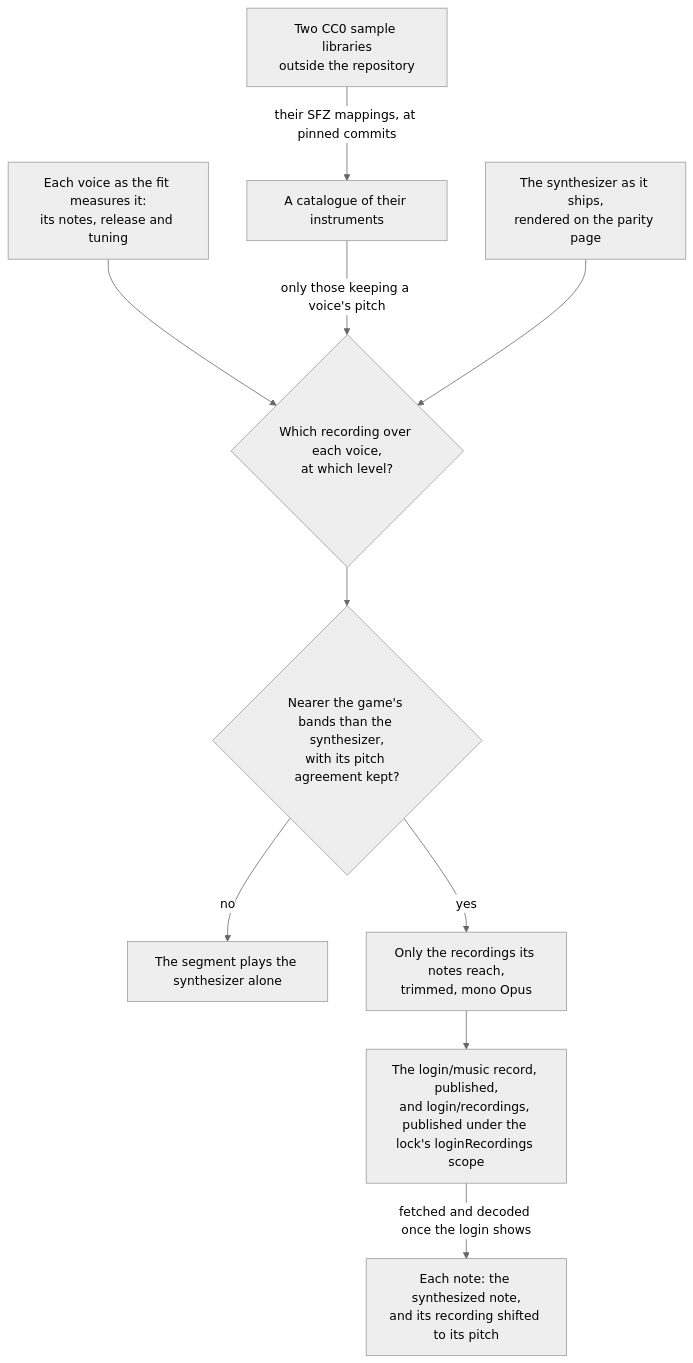
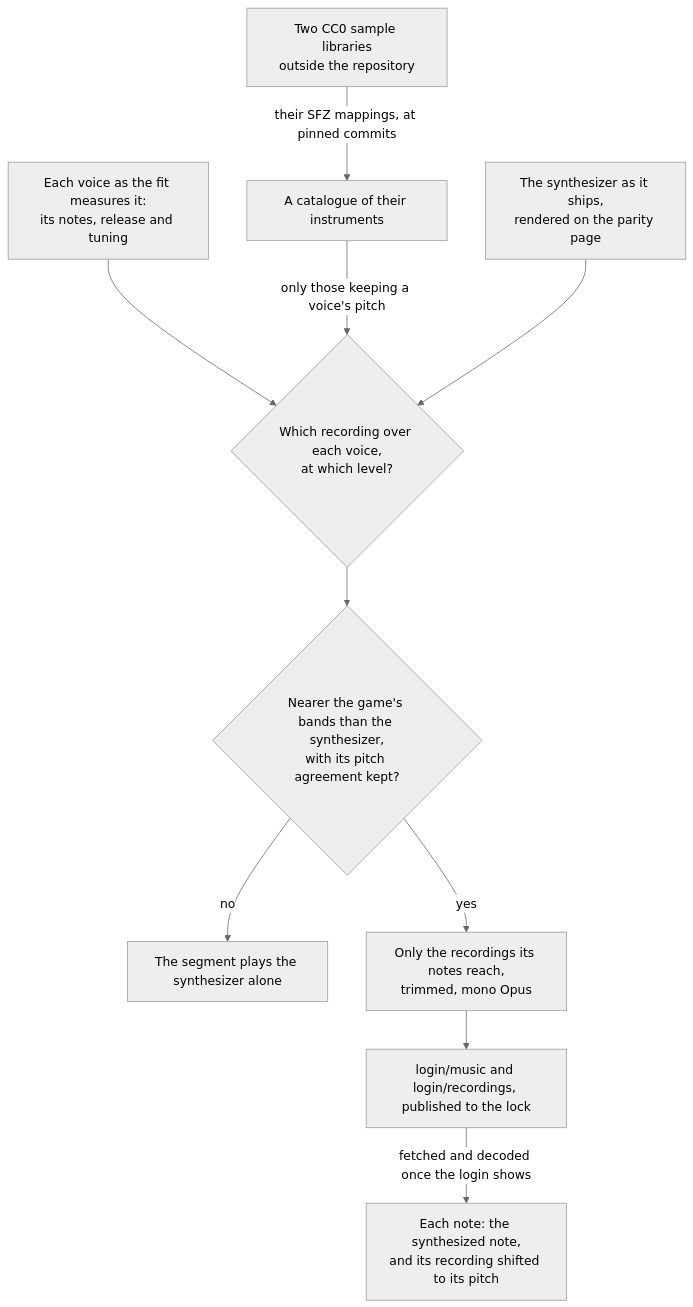
Before and after one commit to Esposter/Esposter: the diagram in openspec/specs/genshin/sampled-instruments/design.md, drawn with Mermaid (neutral theme). The commit also changed 1 other file, not shown here.

Commit message:
fix(ci): two diagram labels are cut to a name and one qualifier
Claude-Session: https://claude.ai/code/session_0145sUFmSFfKaKTos1eQZKT7

````diff
--- a/openspec/specs/genshin/sampled-instruments/design.md
+++ b/openspec/specs/genshin/sampled-instruments/design.md
@@ -7,12 +7,12 @@
 ```mermaid
 flowchart TD
   L["Two CC0 sample libraries<br/>outside the repository"] -->|"their SFZ mappings, at pinned commits"| C["A catalogue of their instruments"]
   F["Each voice as the fit measures it:<br/>its notes, release and tuning"] --> S{"Which recording over each voice,<br/>at which level?"}
   C -->|"only those keeping a voice's pitch"| S
   B["The synthesizer as it ships,<br/>rendered on the parity page"] --> S
   S --> T{"Nearer the game's bands than the synthesizer,<br/>with its pitch agreement kept?"}
   T -->|"no"| X["The segment plays the synthesizer alone"]
   T -->|"yes"| E["Only the recordings its notes reach,<br/>trimmed, mono Opus"]
-  E --> W["The login/music record, published,<br/>and login/recordings, published under the lock's loginRecordings scope"]
+  E --> W["login/music and login/recordings, published to the lock"]
   W -->|"fetched and decoded once the login shows"| P["Each note: the synthesized note,<br/>and its recording shifted to its pitch"]
 ```
````
